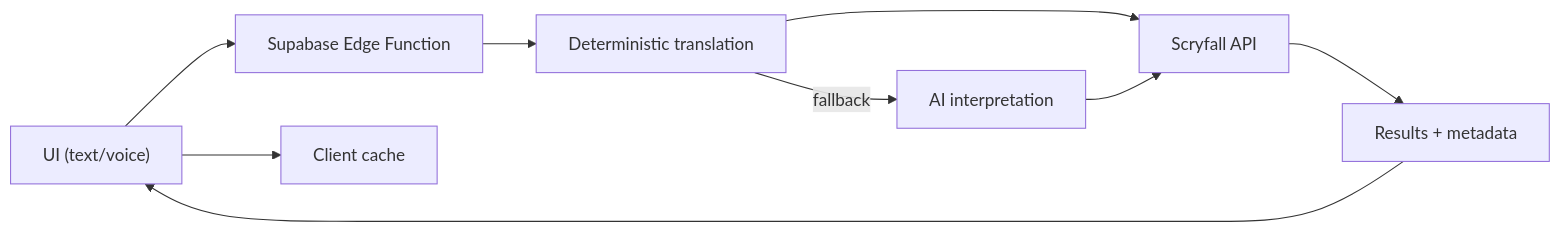
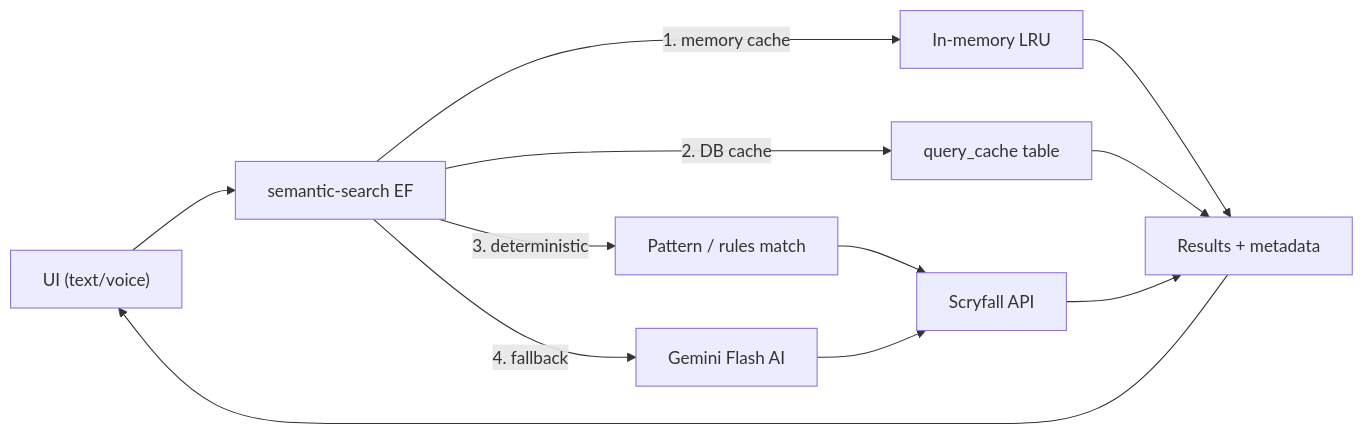
The diagram in docs/architecture.md (vermosi/offmeta), drawn with Mermaid before and after one commit. The commit also changed other lines of this file and 5 other files, not shown here.

````diff
--- a/docs/architecture.md
+++ b/docs/architecture.md
@@ -14,11 +15,14 @@
 ```mermaid
 flowchart LR
-  UI["UI (text/voice)"] --> Edge["Supabase Edge Function"]
-  Edge --> Translate["Deterministic translation"]
-  Translate -->|fallback| AI["AI interpretation"]
-  Translate --> Scryfall["Scryfall API"]
+  UI["UI (text/voice)"] --> Edge["semantic-search EF"]
+  Edge -->|"1. memory cache"| Cache["In-memory LRU"]
+  Edge -->|"2. DB cache"| PCache["query_cache table"]
+  Edge -->|"3. deterministic"| Det["Pattern / rules match"]
+  Edge -->|"4. fallback"| AI["Gemini Flash AI"]
+  Det --> Scryfall["Scryfall API"]
   AI --> Scryfall
-  Scryfall --> Results["Results + metadata"]
+  Cache --> Results["Results + metadata"]
+  PCache --> Results
+  Scryfall --> Results
   Results --> UI
-  UI --> Cache["Client cache"]
 ```
````
